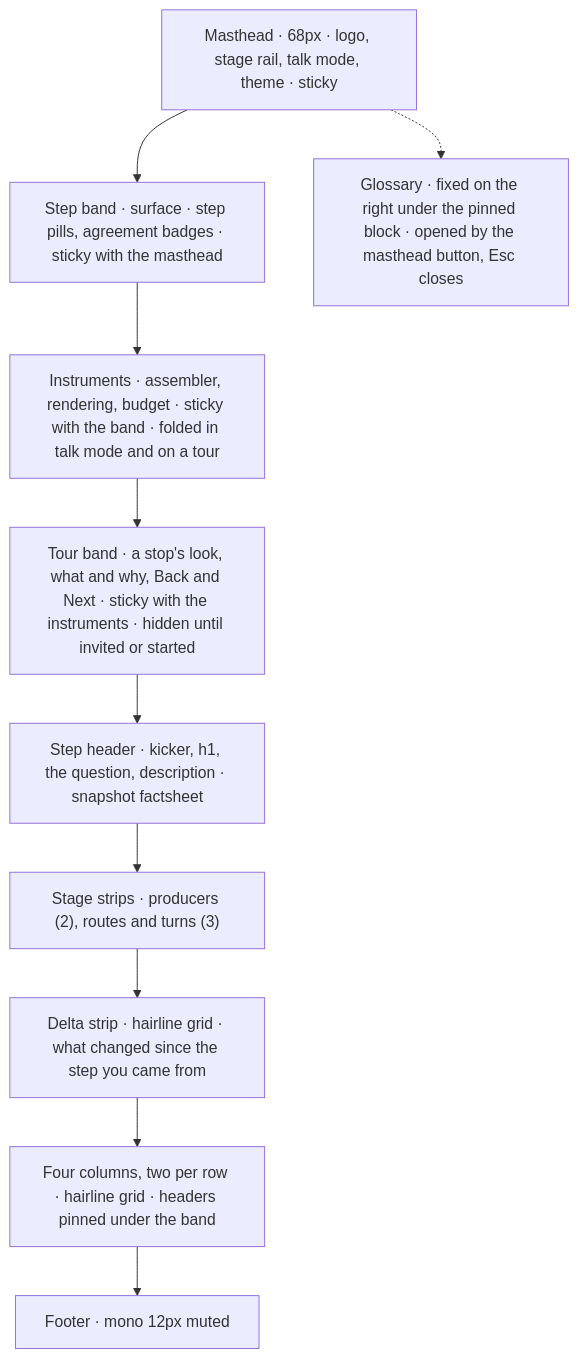
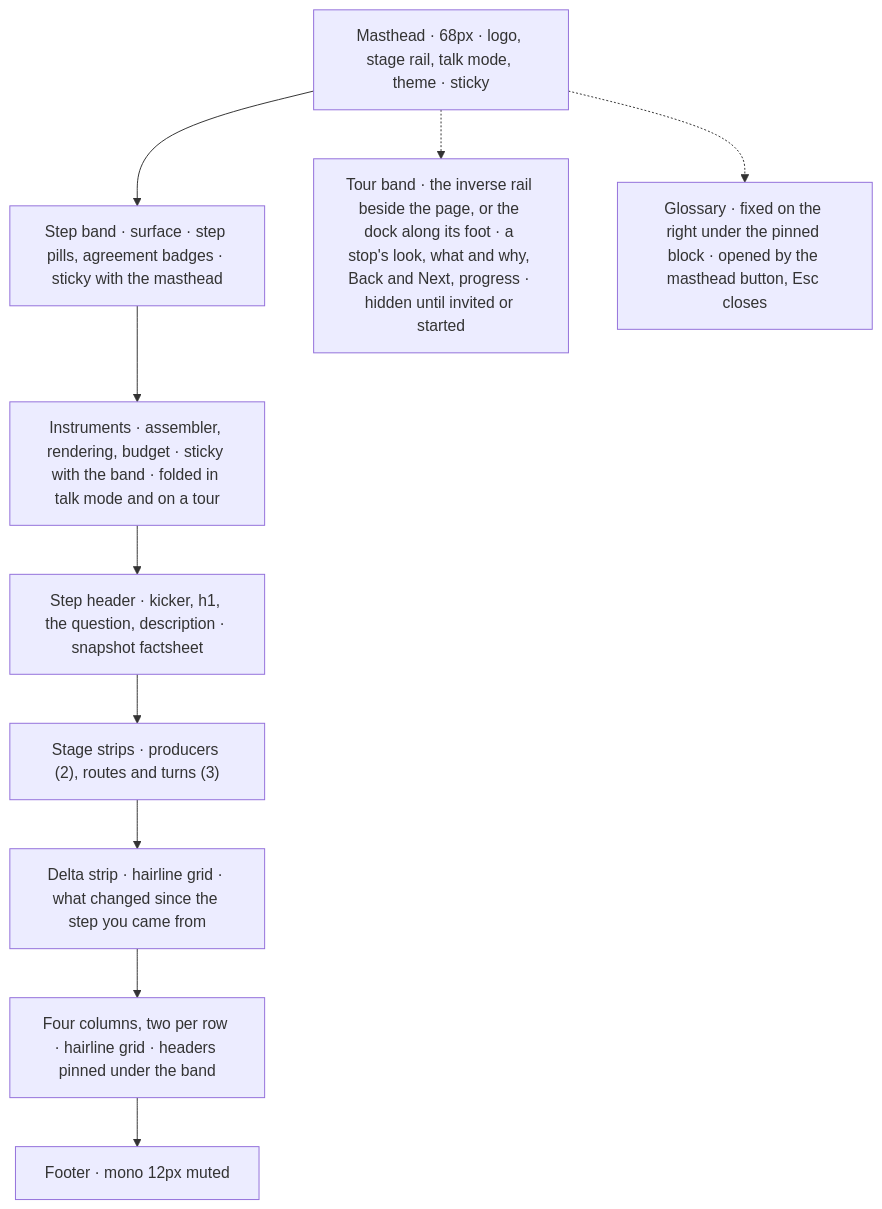
Before and after one commit to contextwindowarchitecture/assembler-demo: the first of 2 diagrams in STYLE.md, drawn with Mermaid. The commit also changed other lines of this file and 9 other files, not shown here.

First line of the commit message:
feat(inspector): the guided tour is the inverse instrument, a rail beside the page or a dock along its foot

````diff
--- a/STYLE.md
+++ b/STYLE.md
@@ -230,15 +258,16 @@
 ```mermaid
 flowchart TB
   M["Masthead · 68px · logo, stage rail, talk mode, theme · sticky"]
   B["Step band · surface · step pills, agreement badges · sticky with the masthead"]
   I["Instruments · assembler, rendering, budget · sticky with the band · folded in talk mode and on a tour"]
-  T["Tour band · a stop's look, what and why, Back and Next · sticky with the instruments · hidden until invited or started"]
+  T["Tour band · the inverse rail beside the page, or the dock along its foot · a stop's look, what and why, Back and Next, progress · hidden until invited or started"]
   S["Step header · kicker, h1, the question, description · snapshot factsheet"]
   X["Stage strips · producers (2), routes and turns (3)"]
   D["Delta strip · hairline grid · what changed since the step you came from"]
   C["Four columns, two per row · hairline grid · headers pinned under the band"]
   F["Footer · mono 12px muted"]
   G["Glossary · fixed on the right under the pinned block · opened by the masthead button, Esc closes"]
-  M --> B --> I --> T --> S --> X --> D --> C --> F
+  M --> B --> I --> S --> X --> D --> C --> F
   M -.-> G
+  M -.-> T
 ```
````
